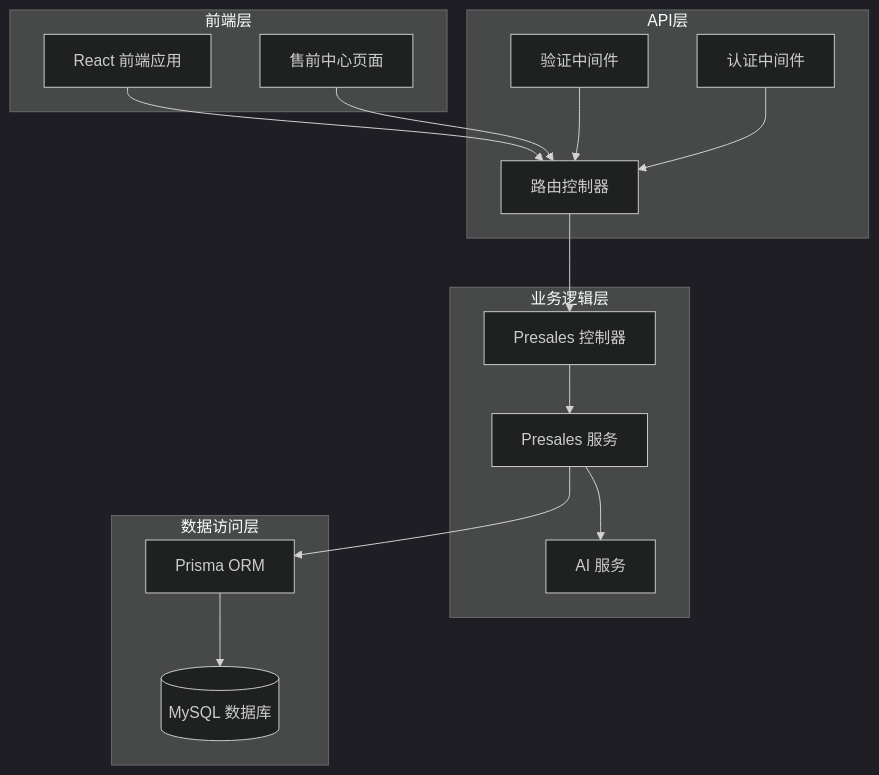
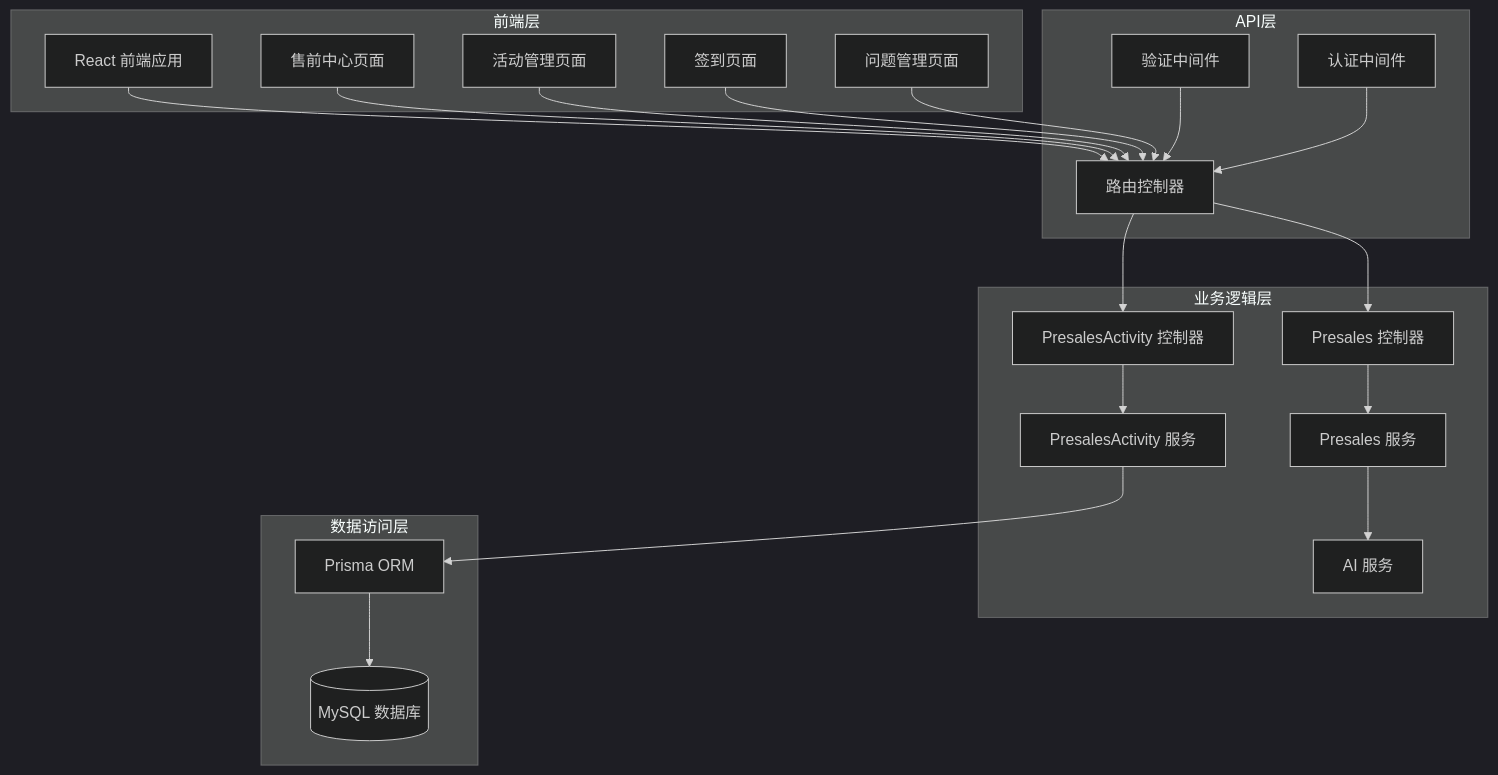
One commit to xianjianshenqu/SalesFlow-CRM changed the first of 11 diagrams in .qoder/repowiki/zh/content/Presales Controller.md. Above: the diagram before and after it, drawn with Mermaid (dark theme). The commit also changed other lines of this file and 5 other files, not shown here.

````diff
--- a/.qoder/repowiki/zh/content/Presales Controller.md
+++ b/.qoder/repowiki/zh/content/Presales Controller.md
@@ -46,30 +64,40 @@
 ```mermaid
 graph TB
 subgraph "前端层"
 FE[React 前端应用]
 PS[售前中心页面]
+PA[活动管理页面]
+SI[签到页面]
+QM[问题管理页面]
 end
 subgraph "API层"
 RC[路由控制器]
 VC[验证中间件]
 AC[认证中间件]
 end
 subgraph "业务逻辑层"
 PC[Presales 控制器]
+PAC[PresalesActivity 控制器]
 PSVC[Presales 服务]
+PASVC[PresalesActivity 服务]
 AISVC[AI 服务]
 end
 subgraph "数据访问层"
 PRISMA[Prisma ORM]
 DB[(MySQL 数据库)]
 end
 FE --> RC
 PS --> RC
+PA --> RC
+SI --> RC
+QM --> RC
 RC --> PC
+RC --> PAC
 PC --> PSVC
+PAC --> PASVC
 PSVC --> AISVC
-PSVC --> PRISMA
+PASVC --> PRISMA
 PRISMA --> DB
 VC --> RC
 AC --> RC
 ```
````
